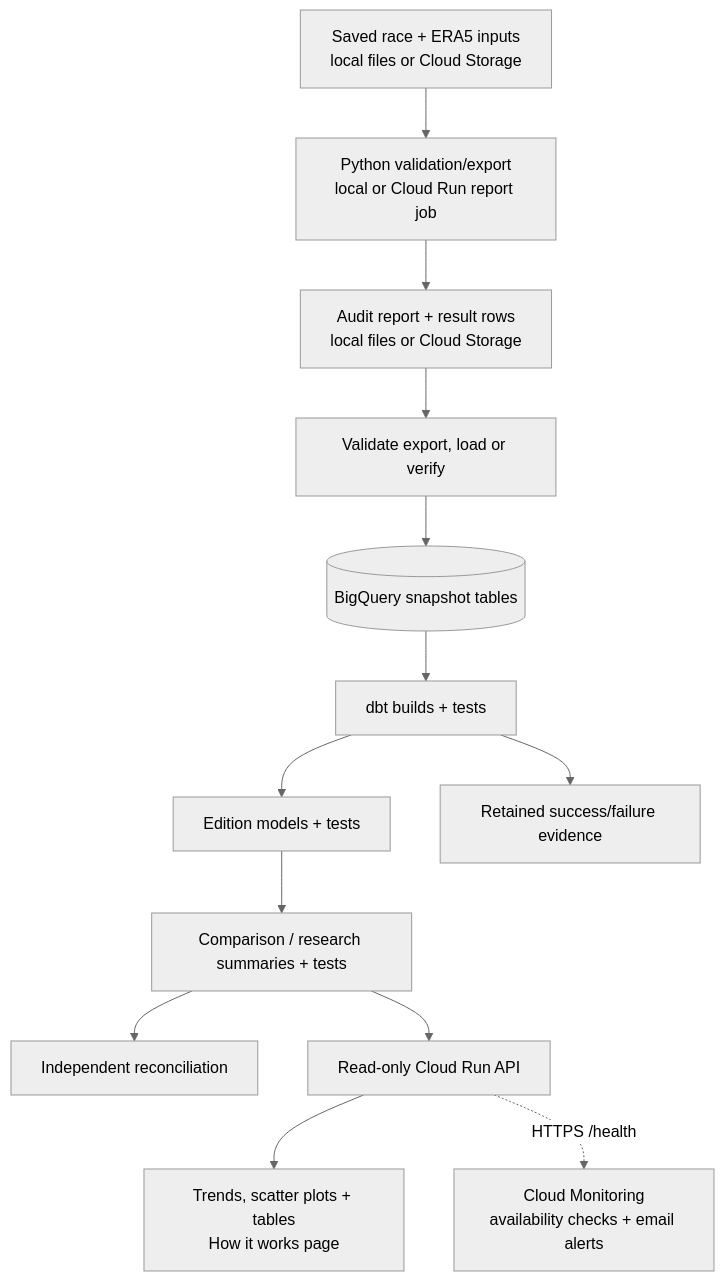
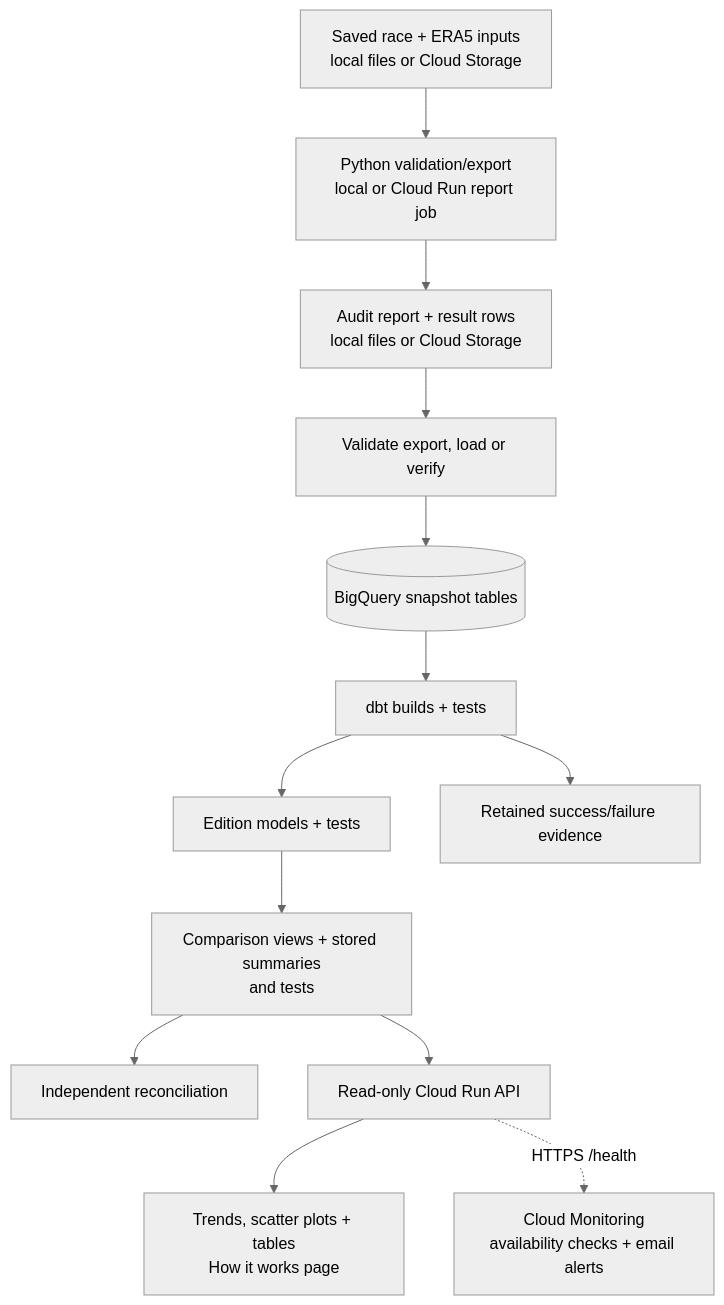
Before and after one commit to mifuha/runwx: the first of 2 diagrams in docs/architecture.md, drawn with Mermaid (neutral theme). The commit also changed other lines of this file and 6 other files, not shown here.

Commit message:
Document the live Battersea stored comparison (#74)

````diff
--- a/docs/architecture.md
+++ b/docs/architecture.md
@@ -23,15 +23,15 @@
 ```mermaid
 flowchart TD
     inputs["Saved race + ERA5 inputs<br/>local files or Cloud Storage"] --> export["Python validation/export<br/>local or Cloud Run report job"]
     export --> artifacts["Audit report + result rows<br/>local files or Cloud Storage"]
     artifacts --> loader["Validate export, load or verify"]
     loader --> snapshot[("BigQuery snapshot tables")]
     snapshot --> runner["dbt builds + tests"]
     runner --> edition["Edition models + tests"]
-    edition --> comparison["Comparison / research summaries + tests"]
+    edition --> comparison["Comparison views + stored summaries<br/>and tests"]
     comparison --> checks["Independent reconciliation"]
     comparison --> api["Read-only Cloud Run API"]
     api --> pages["Trends, scatter plots + tables<br/>How it works page"]
     runner --> evidence["Retained success/failure evidence"]
     api -. "HTTPS /health" .-> monitoring["Cloud Monitoring<br/>availability checks + email alerts"]
 ```
````
